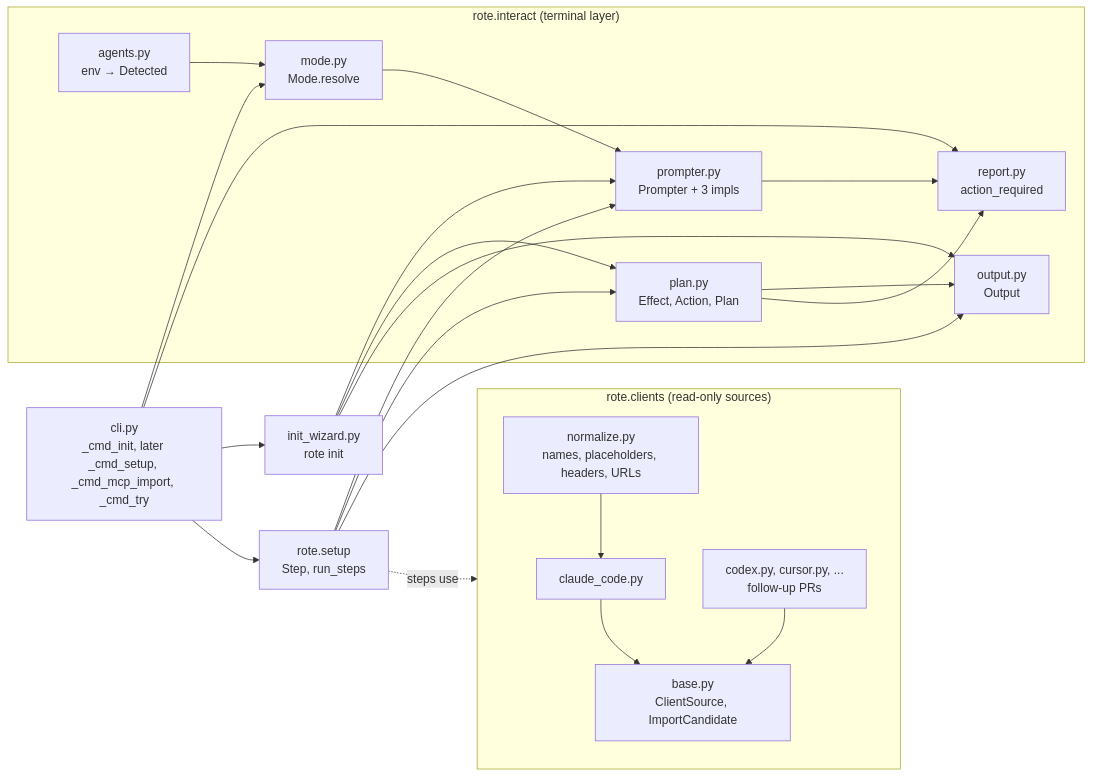
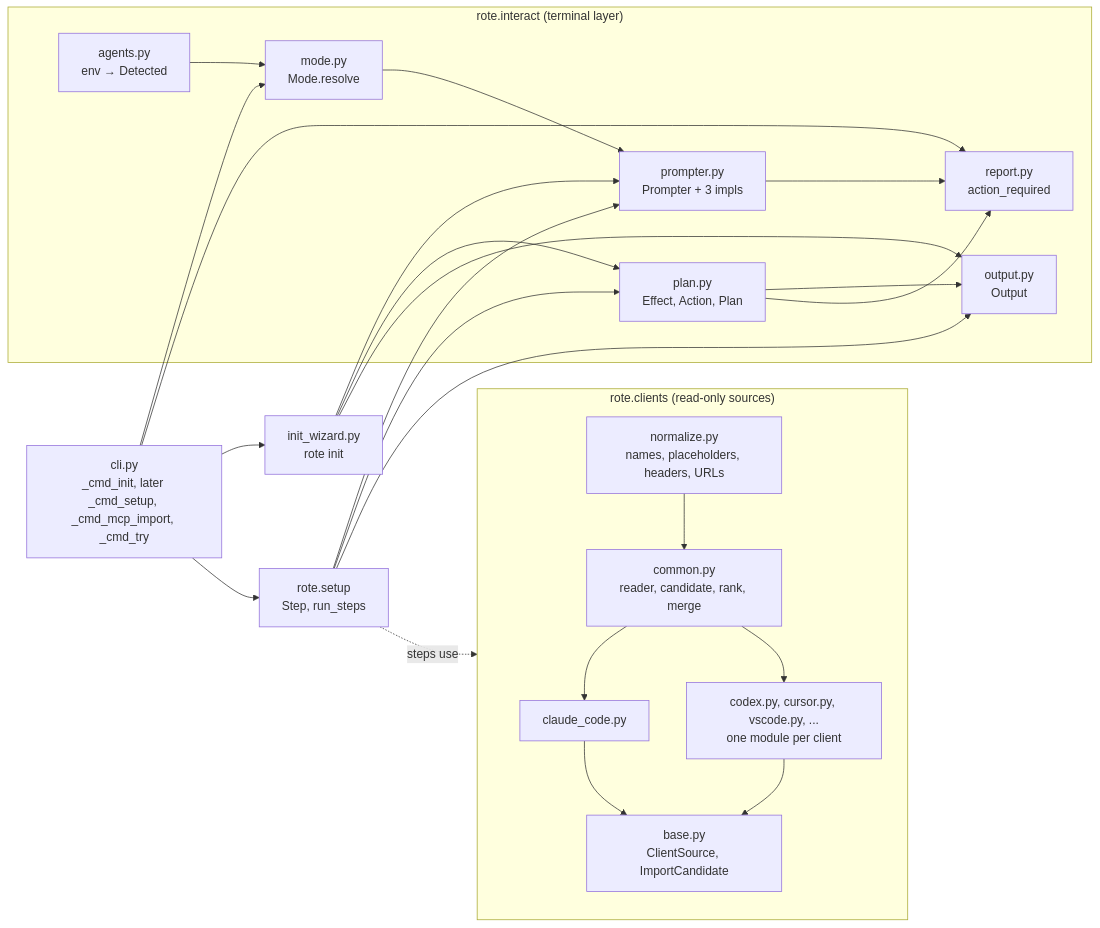
The first of 4 diagrams in docs/design/first-run.md (trevhud/rote), drawn with Mermaid before and after one commit. The commit also changed other lines of this file and 27 other files, not shown here.

````diff
--- a/docs/design/first-run.md
+++ b/docs/design/first-run.md
@@ -43,31 +43,32 @@
 ```mermaid
 flowchart LR
   subgraph interact["rote.interact (terminal layer)"]
     agents[agents.py<br/>env → Detected]
     mode[mode.py<br/>Mode.resolve]
     prompter[prompter.py<br/>Prompter + 3 impls]
     plan[plan.py<br/>Effect, Action, Plan]
     output[output.py<br/>Output]
     report[report.py<br/>action_required]
   end
   subgraph clients["rote.clients (read-only sources)"]
     base[base.py<br/>ClientSource, ImportCandidate]
     normalize[normalize.py<br/>names, placeholders, headers, URLs]
     claude[claude_code.py]
-    more[codex.py, cursor.py, ...<br/>follow-up PRs]
+    common[common.py<br/>reader, candidate, rank, merge]
+    more[codex.py, cursor.py, vscode.py, ...<br/>one module per client]
   end
   setup[rote.setup<br/>Step, run_steps]
   init[init_wizard.py<br/>rote init]
   cli[cli.py<br/>_cmd_init, later _cmd_setup, _cmd_mcp_import, _cmd_try]
 
   agents --> mode --> prompter
   plan --> output
   prompter --> report
   plan --> report
-  normalize --> claude --> base
-  more --> base
+  normalize --> common --> claude --> base
+  common --> more --> base
   init --> prompter & plan & output
   setup --> prompter & plan & output
   cli --> mode & init & setup & report
   setup -. steps use .-> clients
 ```
````
